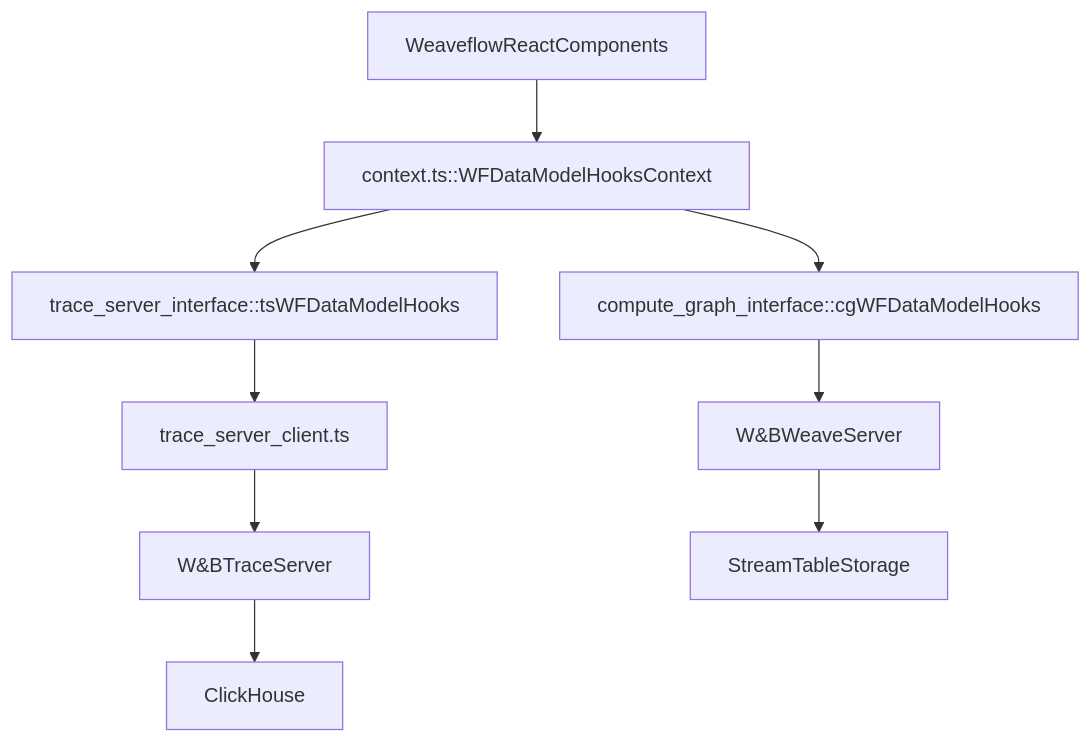
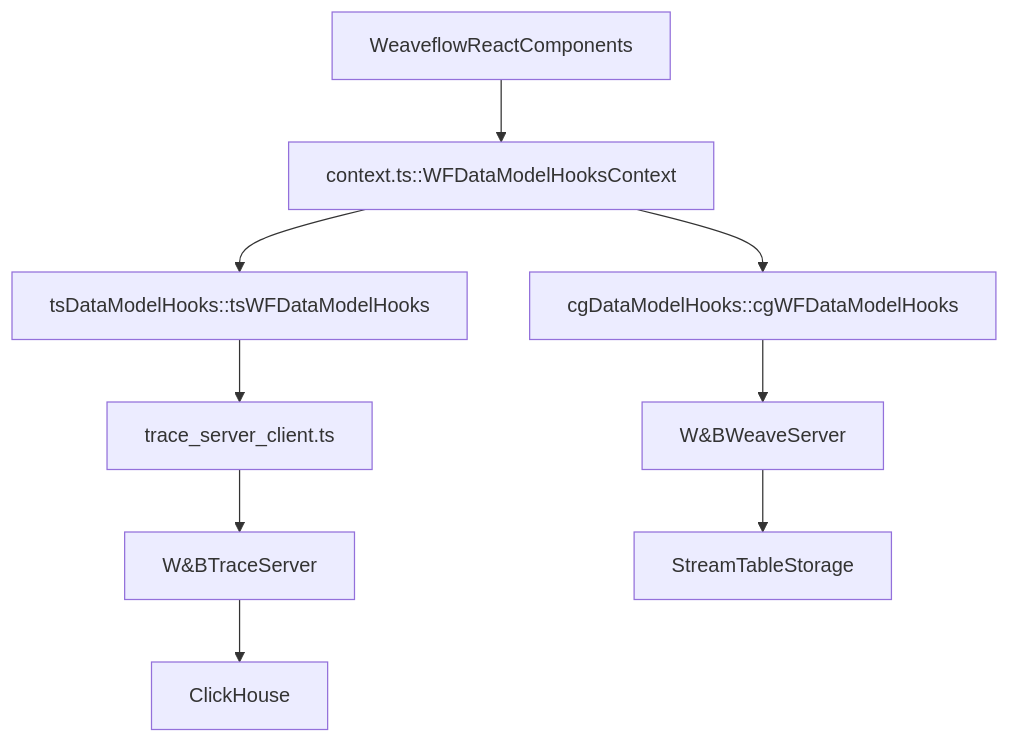
The second of 3 diagrams in weave-js/src/components/PagePanelComponents/Home/Browse3/pages/wfReactInterface/README.md (wandb/weave), drawn with Mermaid before and after one commit. The commit also changed other lines of this file and 21 other files, not shown here.

````diff
--- a/weave-js/src/components/PagePanelComponents/Home/Browse3/pages/wfReactInterface/README.md
+++ b/weave-js/src/components/PagePanelComponents/Home/Browse3/pages/wfReactInterface/README.md
@@ -16,6 +16,6 @@
 ```mermaid
 flowchart TD
     WeaveflowReactComponents --> context.ts::WFDataModelHooksContext
-    context.ts::WFDataModelHooksContext --> trace_server_interface::tsWFDataModelHooks --> trace_server_client.ts --> W&BTraceServer --> ClickHouse
-    context.ts::WFDataModelHooksContext --> compute_graph_interface::cgWFDataModelHooks --> W&BWeaveServer --> StreamTableStorage
+    context.ts::WFDataModelHooksContext --> tsDataModelHooks::tsWFDataModelHooks --> trace_server_client.ts --> W&BTraceServer --> ClickHouse
+    context.ts::WFDataModelHooksContext --> cgDataModelHooks::cgWFDataModelHooks --> W&BWeaveServer --> StreamTableStorage
 ```
````
